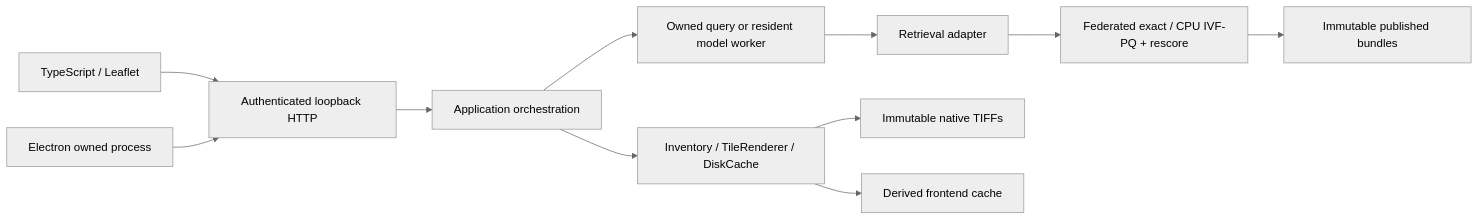
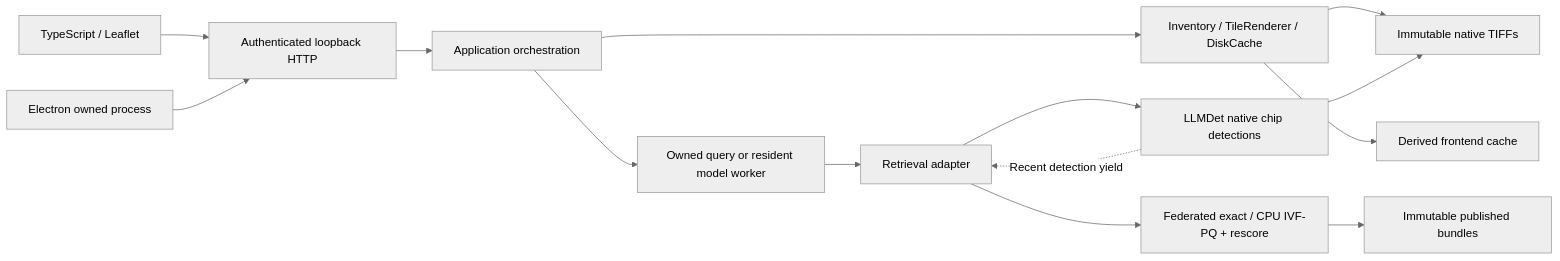
Before and after one commit to tylerlammey/Dynamic-Geospatial-Object-Search: the diagram in docs/ARCHITECTURE.md, drawn with Mermaid (neutral theme). The commit also changed other lines of this file and 23 other files, not shown here.

````diff
--- a/docs/ARCHITECTURE.md
+++ b/docs/ARCHITECTURE.md
@@ -7,13 +7,16 @@
 ```mermaid
 flowchart LR
   UI[TypeScript / Leaflet] --> HTTP[Authenticated loopback HTTP]
   Desktop[Electron owned process] --> HTTP
   HTTP --> App[Application orchestration]
   App --> Display[Inventory / TileRenderer / DiskCache]
   App --> Worker[Owned query or resident model worker]
   Worker --> Retrieval[Retrieval adapter]
   Retrieval --> Search[Federated exact / CPU IVF-PQ + rescore]
   Display --> Sources[Immutable native TIFFs]
   Search --> Bundles[Immutable published bundles]
+  Retrieval --> Detector[LLMDet native chip detections]
+  Detector --> Sources
+  Detector -. Recent detection yield .-> Retrieval
   Display --> Cache[Derived frontend cache]
 ```
````
